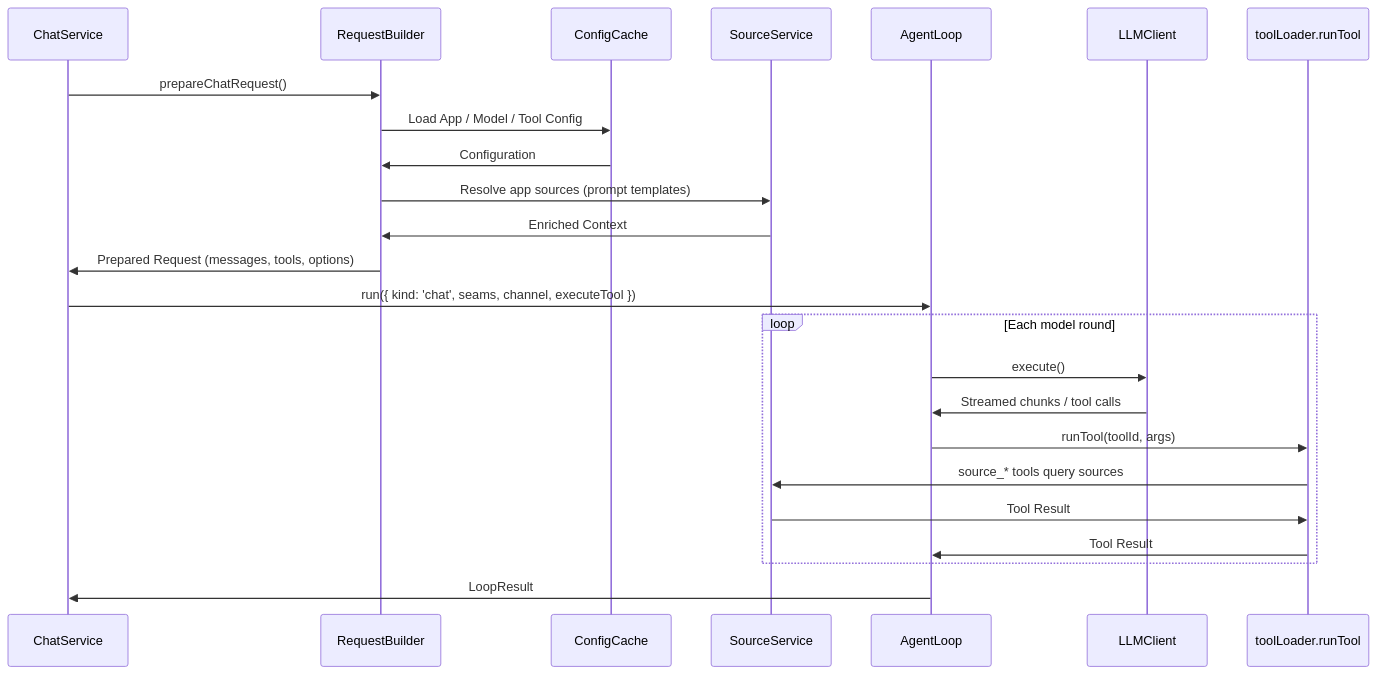
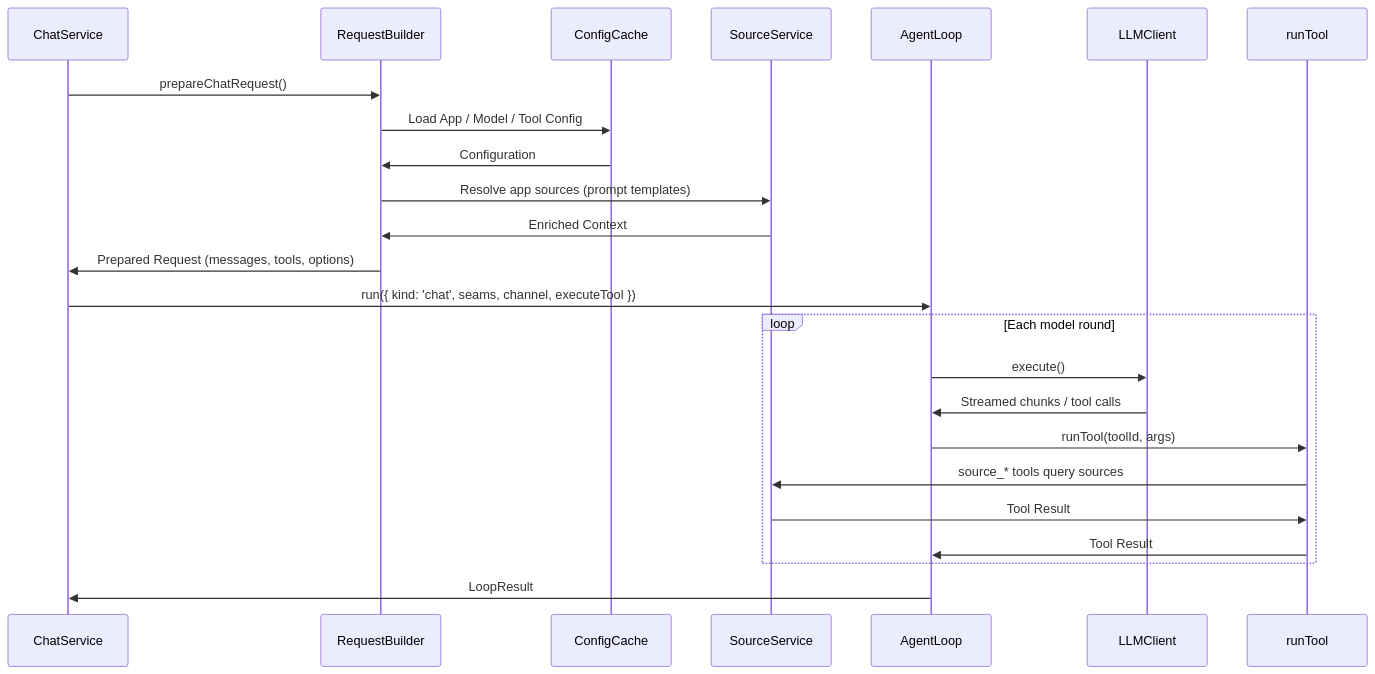
Before and after one commit to intrafind/ihub-apps: diagram 18 of 20 in docs/architecture.md, drawn with Mermaid. The commit also changed other lines of this file and 81 other files, not shown here.

First line of the commit message:
refactor(tools): split toolLoader.js into services/tools/{catalog,webSearchResolver,appTools,runTool}.js (#3237)

````diff
--- a/docs/architecture.md
+++ b/docs/architecture.md
@@ -967,27 +967,27 @@
 ```mermaid
 sequenceDiagram
     participant ChatService
     participant RequestBuilder
     participant ConfigCache
     participant SourceService
     participant AgentLoop
     participant LLMClient
-    participant ToolLoader as toolLoader.runTool
+    participant ToolLoader as runTool
 
     ChatService->>RequestBuilder: prepareChatRequest()
     RequestBuilder->>ConfigCache: Load App / Model / Tool Config
     ConfigCache->>RequestBuilder: Configuration
     RequestBuilder->>SourceService: Resolve app sources (prompt templates)
     SourceService->>RequestBuilder: Enriched Context
     RequestBuilder->>ChatService: Prepared Request (messages, tools, options)
     ChatService->>AgentLoop: run({ kind: 'chat', seams, channel, executeTool })
     loop Each model round
         AgentLoop->>LLMClient: execute()
         LLMClient->>AgentLoop: Streamed chunks / tool calls
         AgentLoop->>ToolLoader: runTool(toolId, args)
         ToolLoader->>SourceService: source_* tools query sources
         SourceService->>ToolLoader: Tool Result
         ToolLoader->>AgentLoop: Tool Result
     end
     AgentLoop->>ChatService: LoopResult
 ```
````
